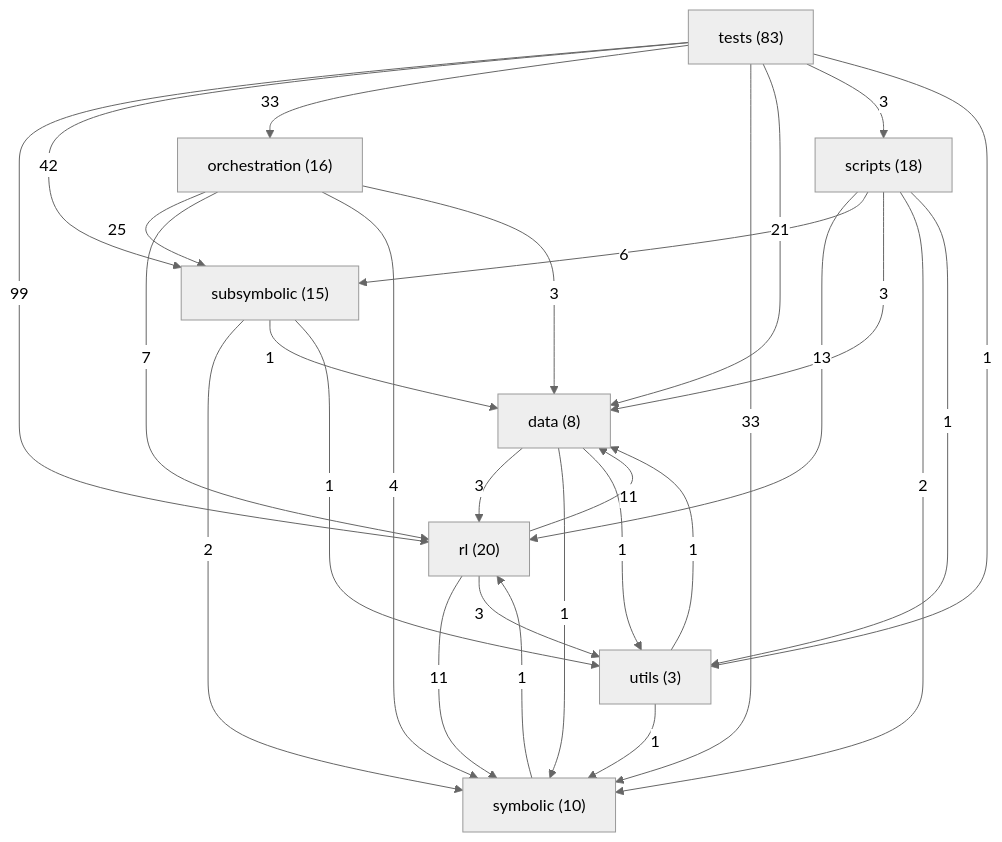
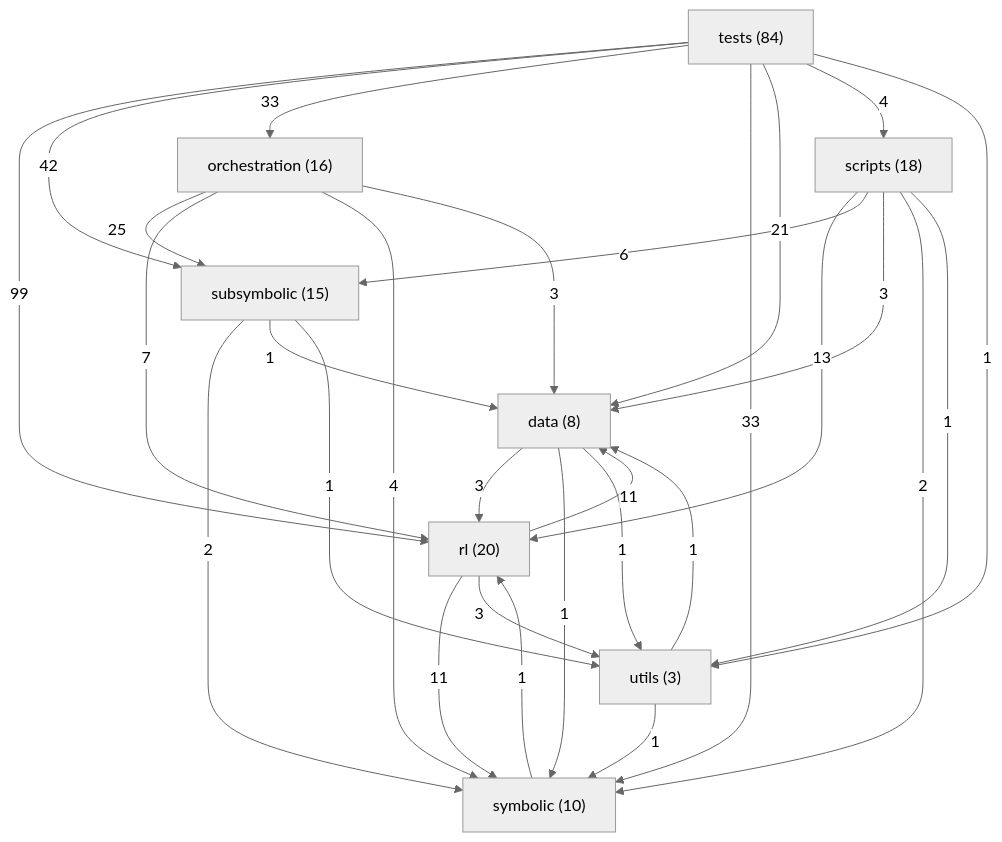
One commit to danrd/ARC-AGI changed the diagram in ARCHITECTURE.md. Above: the diagram before and after it, drawn with Mermaid (neutral theme). The commit also changed 10 other files, not shown here.

````diff
--- a/ARCHITECTURE.md
+++ b/ARCHITECTURE.md
@@ -211,39 +211,39 @@
 ```mermaid
 graph TD
   data["data (8)"]
   orchestration["orchestration (16)"]
   rl["rl (20)"]
   scripts["scripts (18)"]
   subsymbolic["subsymbolic (15)"]
   symbolic["symbolic (10)"]
-  tests["tests (83)"]
+  tests["tests (84)"]
   utils["utils (3)"]
   tests -->|99| rl
   tests -->|42| subsymbolic
   tests -->|33| orchestration
   tests -->|33| symbolic
   orchestration -->|25| subsymbolic
   tests -->|21| data
   scripts -->|13| rl
   rl -->|11| data
   rl -->|11| symbolic
   orchestration -->|7| rl
   scripts -->|6| subsymbolic
   orchestration -->|4| symbolic
+  tests -->|4| scripts
   data -->|3| rl
   orchestration -->|3| data
   rl -->|3| utils
   scripts -->|3| data
-  tests -->|3| scripts
   scripts -->|2| symbolic
   subsymbolic -->|2| symbolic
   data -->|1| symbolic
   data -->|1| utils
   scripts -->|1| utils
   subsymbolic -->|1| data
   subsymbolic -->|1| utils
   symbolic -->|1| rl
   tests -->|1| utils
   utils -->|1| data
   utils -->|1| symbolic
 ```
````
